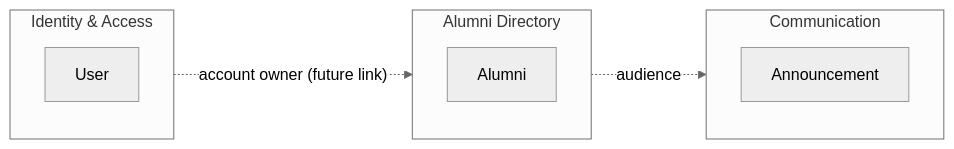
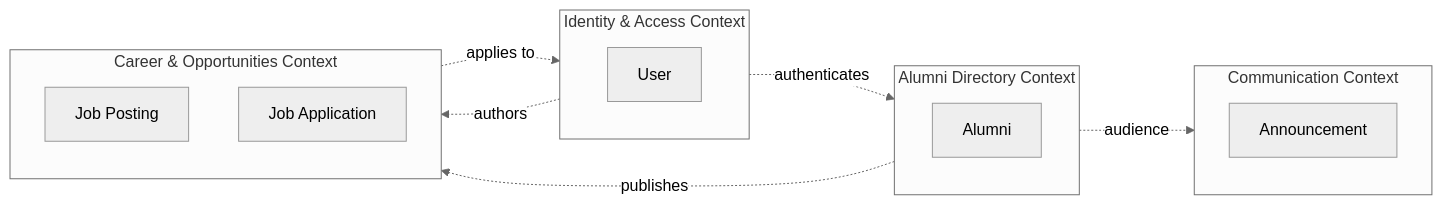
The first of 2 diagrams in ddd.md (beyzaanacoglu/Alumni), drawn with Mermaid (neutral theme) before and after one commit. The commit also changed other lines of this file and 14 other files, not shown here.

````diff
--- a/ddd.md
+++ b/ddd.md
@@ -16,14 +18,22 @@
 ```mermaid
 flowchart LR
-    subgraph Identity["Identity & Access"]
+    subgraph Identity["Identity & Access Context"]
         U[User]
     end
-    subgraph Directory["Alumni Directory"]
+    subgraph Directory["Alumni Directory Context"]
         A[Alumni]
     end
-    subgraph Comm["Communication"]
+    subgraph Comm["Communication Context"]
         N[Announcement]
     end
-    Identity -. "account owner (future link)" .-> Directory
+    subgraph Career["Career & Opportunities Context"]
+        JP[Job Posting]
+        JA[Job Application]
+    end
+
+    Identity -. "authenticates" .-> Directory
+    Identity -. "authors" .-> Career
+    Directory -. "publishes" .-> Career
+    Career -. "applies to" .-> Identity
     Directory -. "audience" .-> Comm
 ```
````
